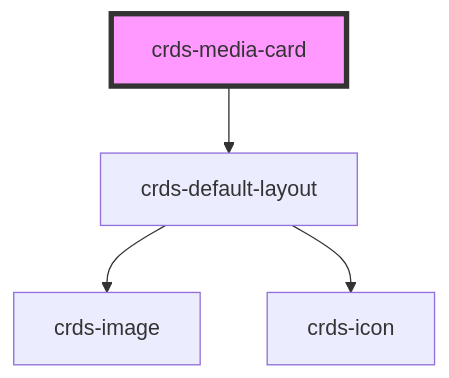
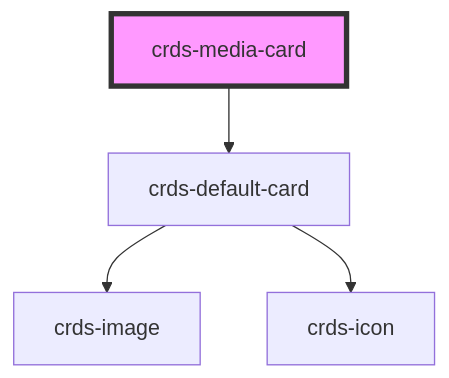
The diagram in src/components/crds-media-card/readme.md (dholloran-ample/visual-regression-testing-IP), drawn with Mermaid before and after one commit. The commit also changed other lines of this file and 206 other files, not shown here.

````diff
--- a/src/components/crds-media-card/readme.md
+++ b/src/components/crds-media-card/readme.md
@@ -35,7 +30,7 @@
 ```mermaid
 graph TD;
-  crds-media-card --> crds-default-layout
-  crds-default-layout --> crds-image
-  crds-default-layout --> crds-icon
+  crds-media-card --> crds-default-card
+  crds-default-card --> crds-image
+  crds-default-card --> crds-icon
   style crds-media-card fill:#f9f,stroke:#333,stroke-width:4px
 ```
````
